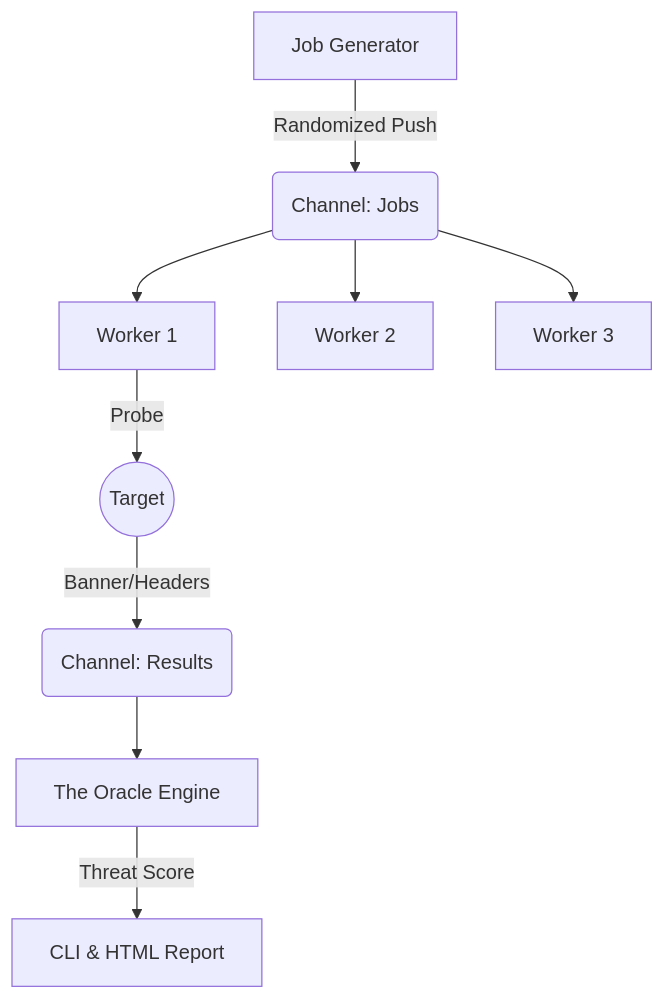
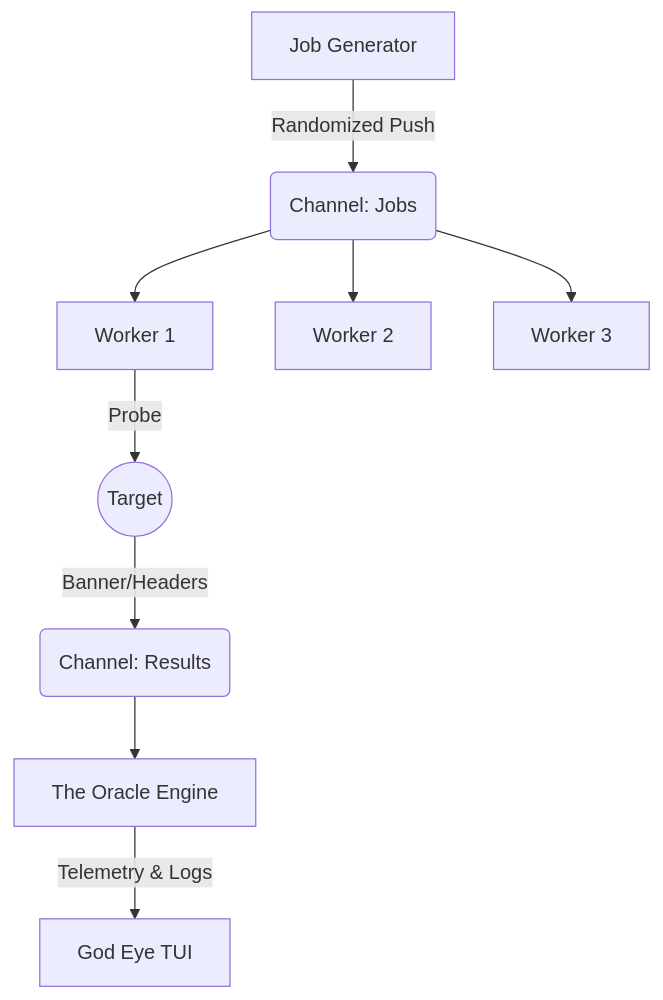
Before and after one commit to StaiLee/Argos: the diagram in README.md, drawn with Mermaid. The commit also changed other lines of this file, not shown here.

````diff
--- a/README.md
+++ b/README.md
@@ -125,11 +113,11 @@
 ```mermaid
 graph TD;
     Generator[Job Generator] -->|Randomized Push| Jobs(Channel: Jobs);
     Jobs --> Worker1[Worker 1];
     Jobs --> Worker2[Worker 2];
     Jobs --> Worker3[Worker 3];
     Worker1 -->|Probe| Network((Target));
     Network -->|Banner/Headers| Results(Channel: Results);
     Results --> Oracle[The Oracle Engine];
-    Oracle -->|Threat Score| UI[CLI & HTML Report];
+    Oracle -->|Telemetry & Logs| Dashboard[God Eye TUI];
 ```
````
